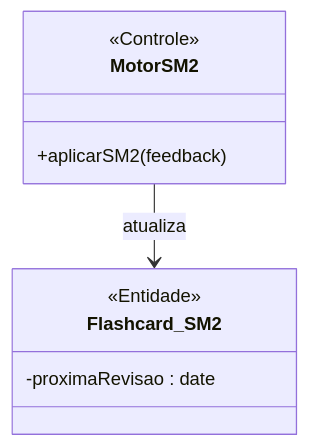
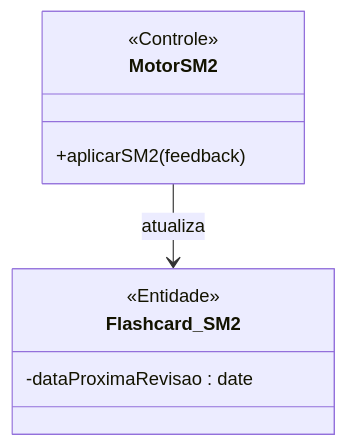
Before and after one commit to MayconDIS/PIM_III-Documentacao_UML: the first of 2 diagrams in 02_Modelagem_UML_Astah/UC09_Estudar_Flashcards/README.md, drawn with Mermaid. The commit also changed other lines of this file and 234 other files, not shown here.

````diff
--- a/02_Modelagem_UML_Astah/UC09_Estudar_Flashcards/README.md
+++ b/02_Modelagem_UML_Astah/UC09_Estudar_Flashcards/README.md
@@ -55,12 +33,12 @@
 ```mermaid
 classDiagram
     class MotorSM2 {
         <<Controle>>
         +aplicarSM2(feedback)
     }
     class Flashcard_SM2 {
         <<Entidade>>
-        -proximaRevisao : date
+        -dataProximaRevisao : date
     }
     MotorSM2 --> Flashcard_SM2 : atualiza
 ```
````
